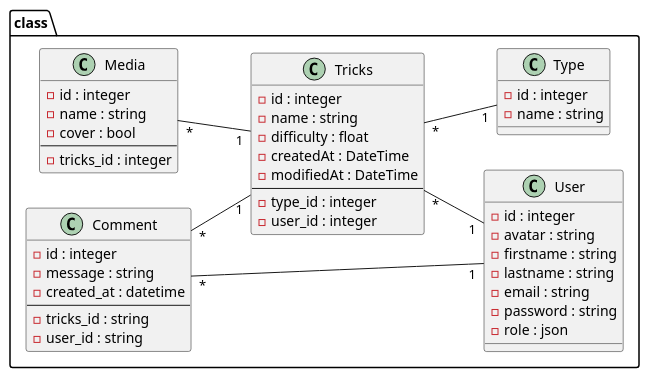
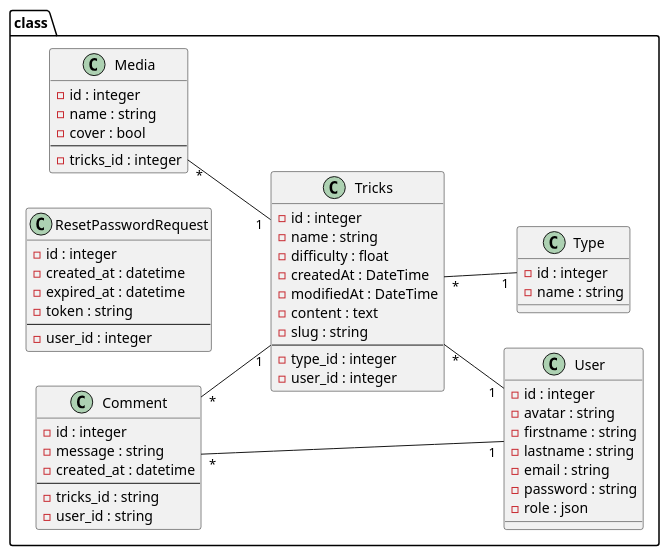
One commit to ThomasG51/snow-tricks changed the diagram in docs/UML/class.plantuml. Above: the diagram before and after it, drawn with PlantUML. The commit also changed 8 other files, not shown here.

Commit message:
doc: update readme, usecase and sequences diagrams

```diff
--- a/docs/UML/class.plantuml
+++ b/docs/UML/class.plantuml
@@ -1,58 +1,69 @@
 @startuml
 
     left to right direction
 
     package class {
         Class Tricks {
             {field} -id : integer
             {field} -name : string
             {field} -difficulty : float
             {field} -createdAt : DateTime
             {field} -modifiedAt : DateTime
+            {field} -content : text
+            {field} -slug : string
             --
             {field} -type_id : integer
             {field} -user_id : integer
         }
 
         Class Media {
             {field} -id : integer
             {field} -name : string
             {field} -cover : bool
             --
             {field} -tricks_id : integer
         }
 
         Class Type {
             {field} -id : integer
             {field} -name : string
         }
 
         Class User {
             {field} -id : integer
             {field} -avatar : string
             {field} -firstname : string
             {field} -lastname : string
             {field} -email : string
             {field} -password : string
             {field} -role : json
         }
 
+        Class ResetPasswordRequest {
+            {field} -id : integer
+            {field} -created_at : datetime
+            {field} -expired_at : datetime
+            {field} -token : string
+            --
+            {field} -user_id : integer
+        }
+
         Class Comment {
             {field} -id : integer
             {field} -message : string
             {field} -created_at : datetime
             --
             {field} -tricks_id : string
             {field} -user_id : string
         }
 
         Tricks "*" -- "1" Type
         Tricks "*" -- "1" User
 
         Media "*" -- "1" Tricks
 
         Comment "*" -- "1" Tricks
         Comment "*" -- "1" User
     }
 
 @enduml
```
